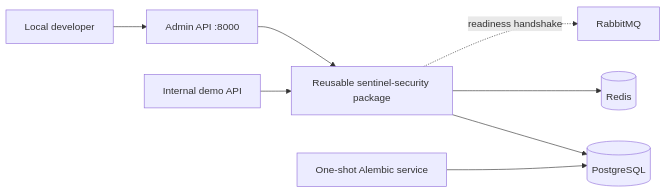
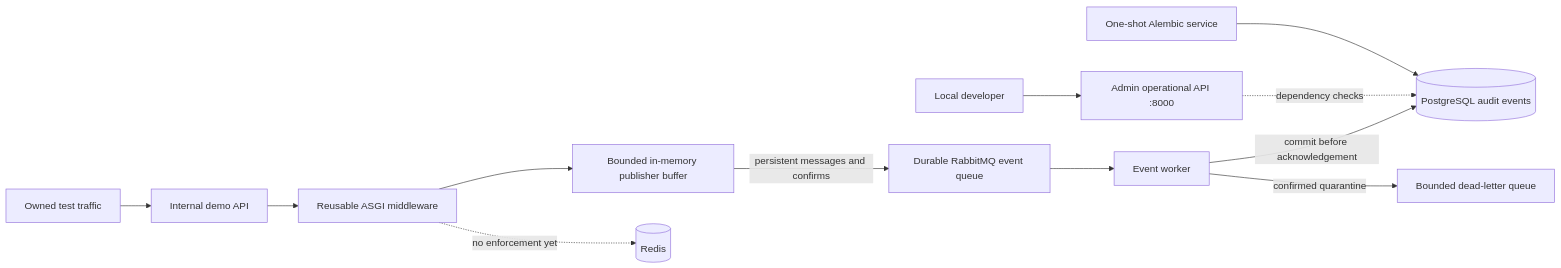
The diagram in README.md (satvikpandey21/SENTINEL-AI), drawn with Mermaid before and after one commit. The commit also changed other lines of this file and 37 other files, not shown here.

Commit message:
feat: implement asynchronous API security event pipeline

````diff
--- a/README.md
+++ b/README.md
@@ -18,10 +19,14 @@
 ```mermaid
 flowchart LR
-    Local[Local developer] --> Admin[Admin API :8000]
-    Admin --> Shared[Reusable sentinel-security package]
-    Demo[Internal demo API] --> Shared
-    Shared --> PG[(PostgreSQL)]
-    Shared --> Redis[(Redis)]
-    Shared -. readiness handshake .-> MQ[RabbitMQ]
+    Local[Local developer] --> Admin[Admin operational API :8000]
+    Traffic[Owned test traffic] --> Demo[Internal demo API]
+    Demo --> Middleware[Reusable ASGI middleware]
+    Middleware --> Buffer[Bounded in-memory publisher buffer]
+    Buffer -->|persistent messages and confirms| MQ[Durable RabbitMQ event queue]
+    MQ --> Worker[Event worker]
+    Worker -->|commit before acknowledgement| PG[(PostgreSQL audit events)]
+    Worker -->|confirmed quarantine| Dead[Bounded dead-letter queue]
+    Admin -. dependency checks .-> PG
+    Middleware -. no enforcement yet .-> Redis[(Redis)]
     Migration[One-shot Alembic service] --> PG
 ```
````
